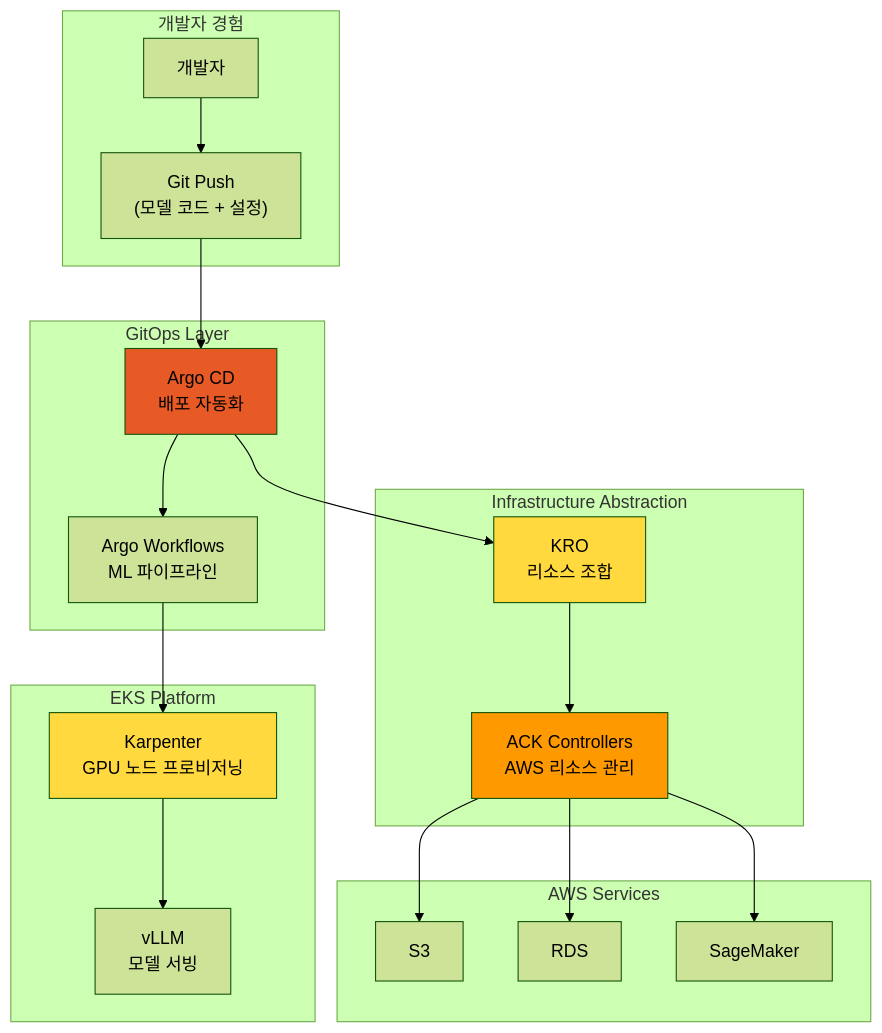
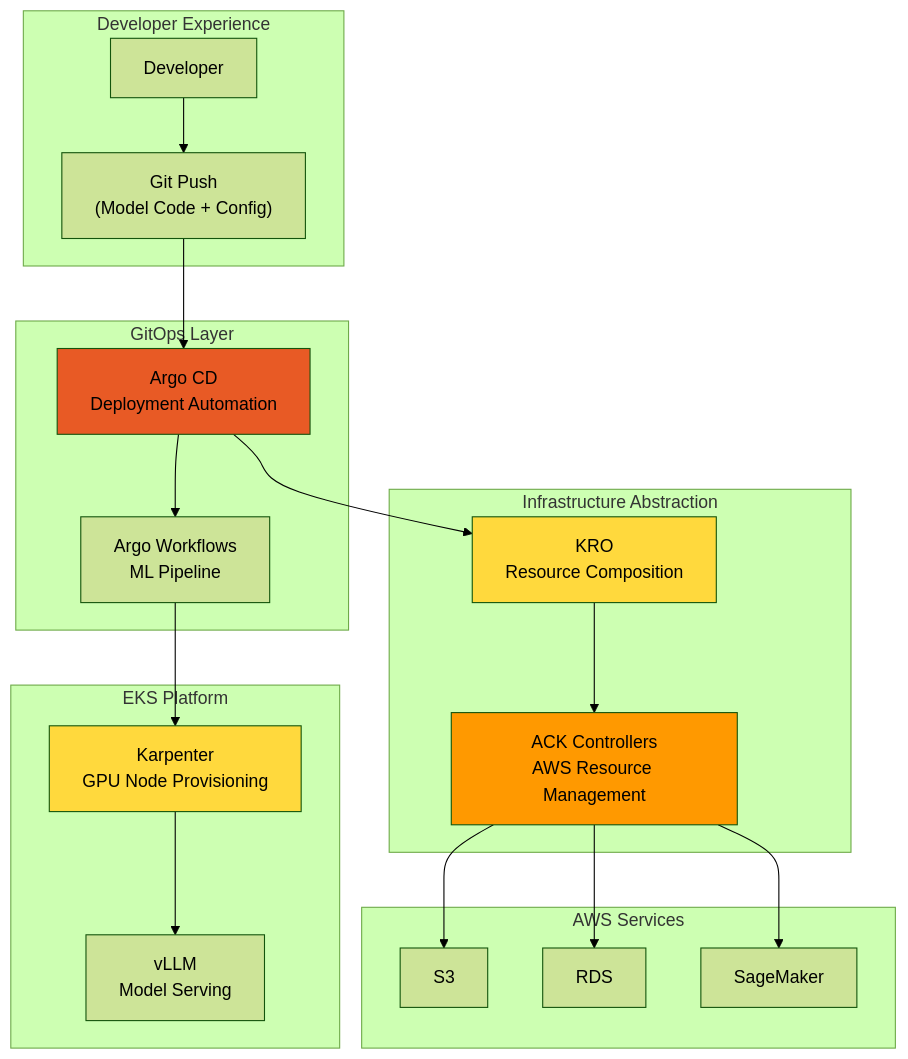
One commit to devfloor9/engineering-playbook changed the tenth of 11 diagrams in i18n/en/docusaurus-plugin-content-docs/current/agentic-ai-platform/design-architecture/agentic-ai-solutions-eks.md. Above: the diagram before and after it, drawn with Mermaid (forest theme). The commit also changed other lines of this file and 16 other files, not shown here.

````diff
--- a/i18n/en/docusaurus-plugin-content-docs/current/agentic-ai-platform/design-architecture/agentic-ai-solutions-eks.md
+++ b/i18n/en/docusaurus-plugin-content-docs/current/agentic-ai-platform/design-architecture/agentic-ai-solutions-eks.md
@@ -638,41 +638,41 @@
 ```mermaid
 graph TB
-    subgraph "개발자 경험"
-        DEV["개발자"]
-        GIT["Git Push<br/>(모델 코드 + 설정)"]
+    subgraph "Developer Experience"
+        DEV["Developer"]
+        GIT["Git Push<br/>(Model Code + Config)"]
     end
 
     subgraph "GitOps Layer"
-        ARGOCD["Argo CD<br/>배포 자동화"]
-        ARGOWF["Argo Workflows<br/>ML 파이프라인"]
+        ARGOCD["Argo CD<br/>Deployment Automation"]
+        ARGOWF["Argo Workflows<br/>ML Pipeline"]
     end
 
     subgraph "Infrastructure Abstraction"
-        KRO["KRO<br/>리소스 조합"]
-        ACK["ACK Controllers<br/>AWS 리소스 관리"]
+        KRO["KRO<br/>Resource Composition"]
+        ACK["ACK Controllers<br/>AWS Resource Management"]
     end
 
     subgraph "EKS Platform"
-        KARP["Karpenter<br/>GPU 노드 프로비저닝"]
-        VLLM["vLLM<br/>모델 서빙"]
+        KARP["Karpenter<br/>GPU Node Provisioning"]
+        VLLM["vLLM<br/>Model Serving"]
     end
 
     subgraph "AWS Services"
         S3["S3"]
         RDS["RDS"]
         SM["SageMaker"]
     end
 
     DEV --> GIT --> ARGOCD
     ARGOCD --> ARGOWF
     ARGOCD --> KRO
     KRO --> ACK
     ACK --> S3 & RDS & SM
     ARGOWF --> KARP
     KARP --> VLLM
 
     style ARGOCD fill:#e85a25
     style KRO fill:#ffd93d
     style ACK fill:#ff9900
     style KARP fill:#ffd93d
 ```
````
